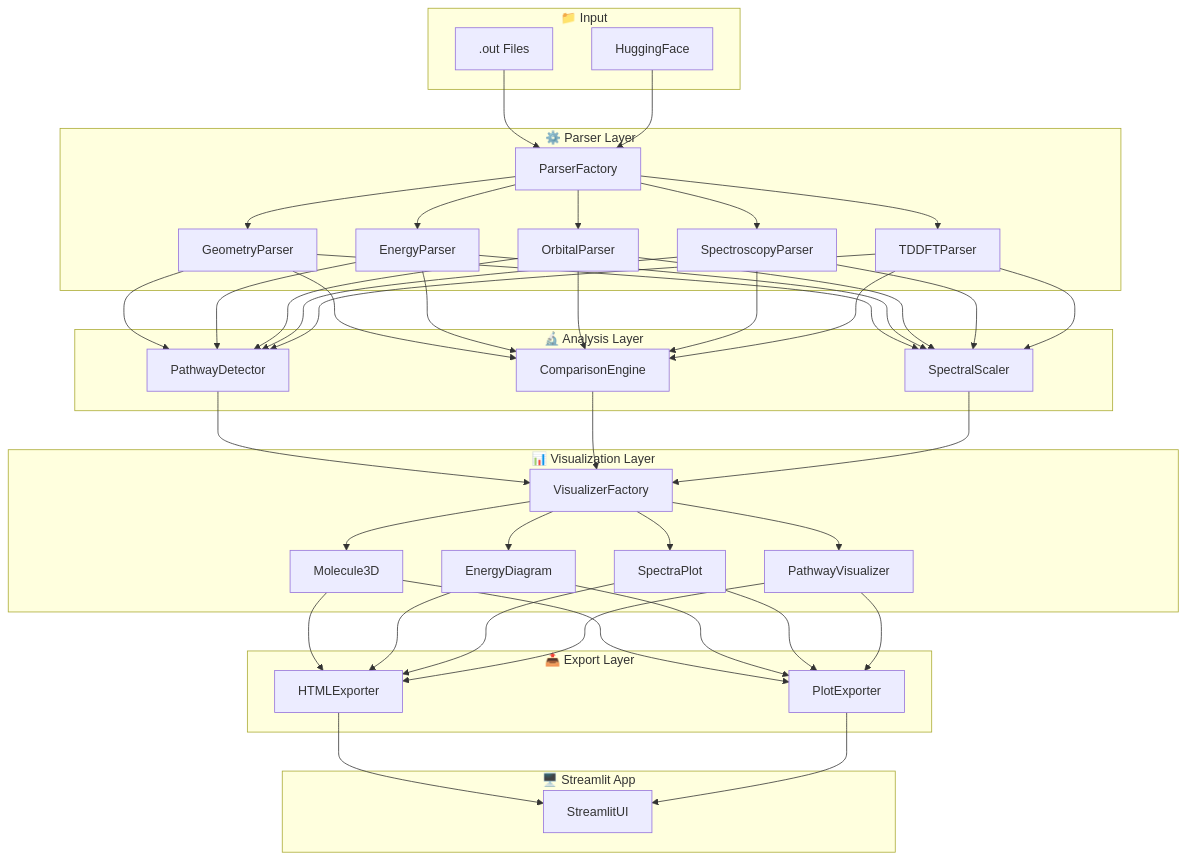
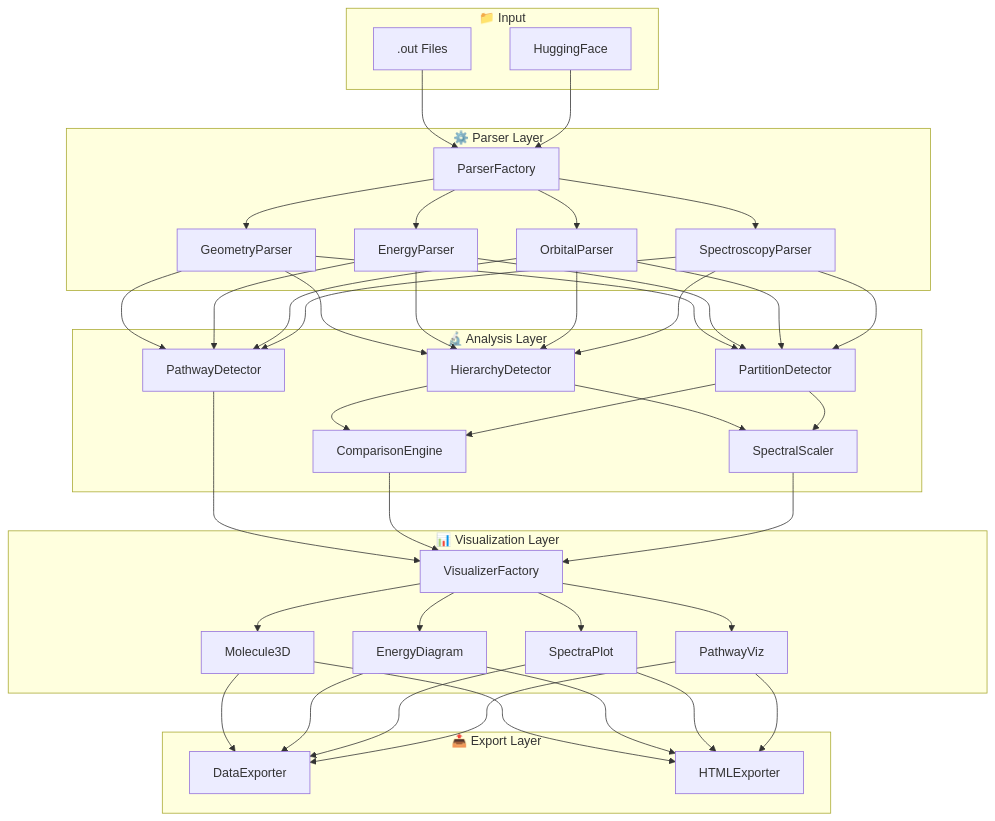
Before and after one commit to jauharmz/Orca_Files: the first of 3 diagrams in README.md, drawn with Mermaid. The commit also changed other lines of this file, not shown here.

Commit message:
docs: Update README to detail new hierarchy, partition, and data export features, and refine architecture diagrams.

````diff
--- a/README.md
+++ b/README.md
@@ -26,47 +27,44 @@
 ```mermaid
 graph TB
     subgraph "📁 Input"
         F1[.out Files]
         F2[HuggingFace]
     end
     
     subgraph "⚙️ Parser Layer"
         PF[ParserFactory]
         GP[GeometryParser]
         EP[EnergyParser]
         OP[OrbitalParser]
         SP[SpectroscopyParser]
-        TP[TDDFTParser]
     end
     
     subgraph "🔬 Analysis Layer"
+        HD[HierarchyDetector]
+        PRT[PartitionDetector]
         PD[PathwayDetector]
         CE[ComparisonEngine]
         SS[SpectralScaler]
     end
     
     subgraph "📊 Visualization Layer"
         VF[VisualizerFactory]
         M3D[Molecule3D]
         EDV[EnergyDiagram]
         SPV[SpectraPlot]
-        PWV[PathwayVisualizer]
+        PWV[PathwayViz]
     end
     
     subgraph "📤 Export Layer"
+        DE[DataExporter]
         HE[HTMLExporter]
-        PE[PlotExporter]
-    end
-    
-    subgraph "🖥️ Streamlit App"
-        UI[StreamlitUI]
     end
     
     F1 & F2 --> PF
-    PF --> GP & EP & OP & SP & TP
-    GP & EP & OP & SP & TP --> PD & CE & SS
+    PF --> GP & EP & OP & SP
+    GP & EP & OP & SP --> HD & PRT & PD
+    HD & PRT --> CE & SS
     PD & CE & SS --> VF
     VF --> M3D & EDV & SPV & PWV
-    M3D & EDV & SPV & PWV --> HE & PE
-    HE & PE --> UI
+    M3D & EDV & SPV & PWV --> DE & HE
 ```
````
